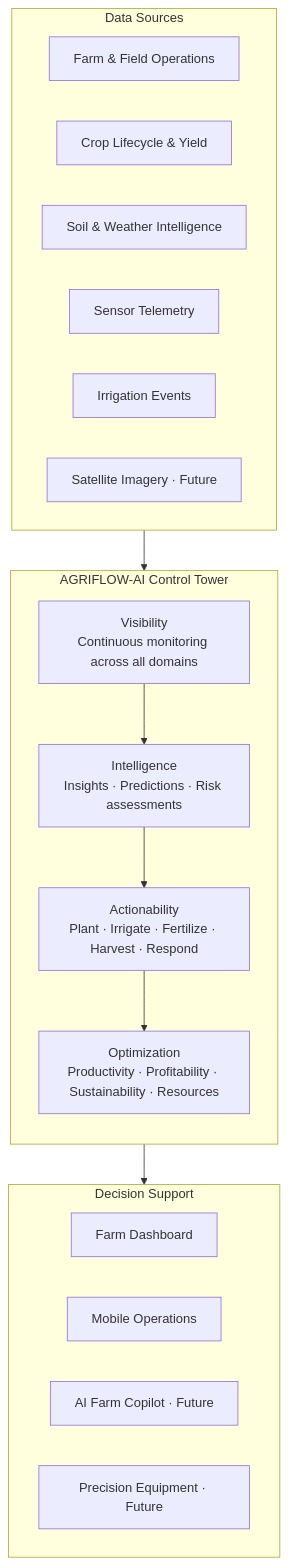
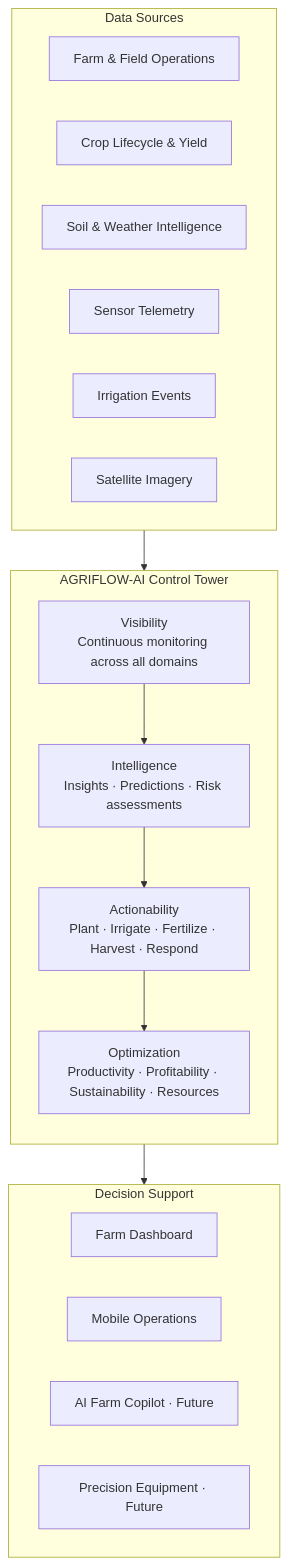
Before and after one commit to santoshnarayanan/AGRIFLOW-AI: the second of 4 diagrams in docs/reference/01-vision.md, drawn with Mermaid. The commit also changed other lines of this file, not shown here.

````diff
--- a/docs/reference/01-vision.md
+++ b/docs/reference/01-vision.md
@@ -131,32 +131,32 @@
 ```mermaid
 flowchart TB
     subgraph DataSources["Data Sources"]
         direction LR
         DS1["Farm & Field Operations"]
         DS2["Crop Lifecycle & Yield"]
         DS3["Soil & Weather Intelligence"]
         DS4["Sensor Telemetry"]
         DS5["Irrigation Events"]
-        DS6["Satellite Imagery · Future"]
+        DS6["Satellite Imagery"]
     end
 
     subgraph ControlTower["AGRIFLOW-AI Control Tower"]
         direction TB
         VIS["Visibility\nContinuous monitoring across all domains"]
         INT["Intelligence\nInsights · Predictions · Risk assessments"]
         ACT["Actionability\nPlant · Irrigate · Fertilize · Harvest · Respond"]
         OPT["Optimization\nProductivity · Profitability · Sustainability · Resources"]
         VIS --> INT --> ACT --> OPT
     end
 
     subgraph Delivery["Decision Support"]
         direction LR
         D1["Farm Dashboard"]
         D2["Mobile Operations"]
         D3["AI Farm Copilot · Future"]
         D4["Precision Equipment · Future"]
     end
 
     DataSources --> VIS
     OPT --> Delivery
 ```
````
